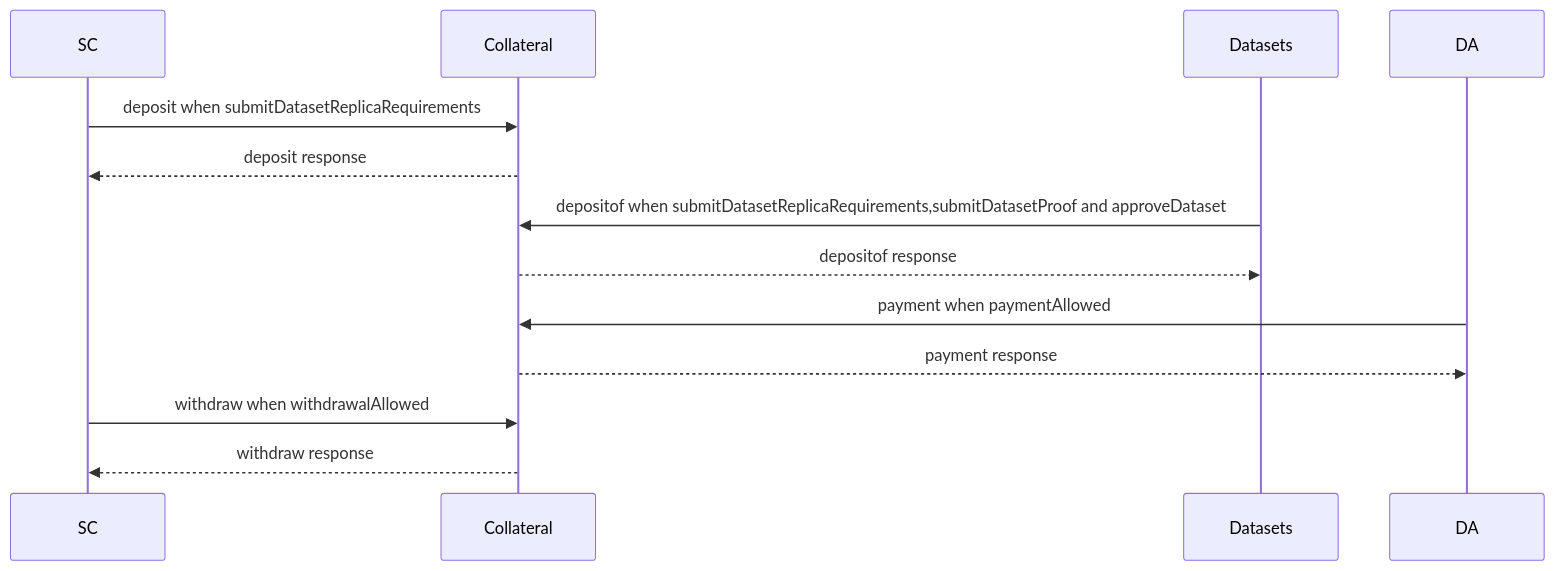
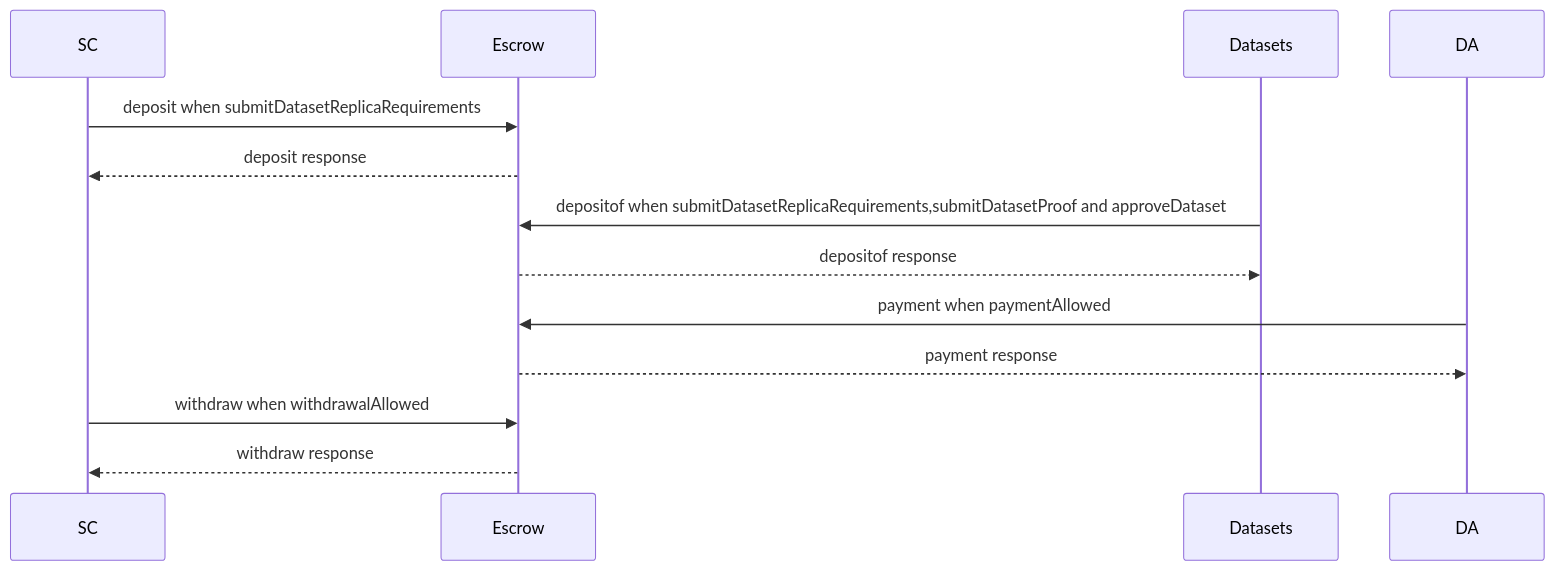
The seventh of 8 diagrams in systems/core/escrow/Readme.md (dataswap/specs), drawn with Mermaid before and after one commit. The commit also changed other lines of this file, not shown here.

````diff
--- a/systems/core/escrow/Readme.md
+++ b/systems/core/escrow/Readme.md
@@ -165,11 +165,11 @@
 ```mermaid
 sequenceDiagram
-   SC ->> Collateral: deposit when submitDatasetReplicaRequirements
-   Collateral -->> SC: deposit response
-   Datasets ->> Collateral: depositof when submitDatasetReplicaRequirements,submitDatasetProof and approveDataset
-   Collateral -->> Datasets: depositof response
-   DA ->> Collateral: payment when paymentAllowed
-   Collateral -->> DA: payment response
-   SC ->> Collateral: withdraw when withdrawalAllowed
-   Collateral -->> SC: withdraw response
+   SC ->> Escrow: deposit when submitDatasetReplicaRequirements
+   Escrow -->> SC: deposit response
+   Datasets ->> Escrow: depositof when submitDatasetReplicaRequirements,submitDatasetProof and approveDataset
+   Escrow -->> Datasets: depositof response
+   DA ->> Escrow: payment when paymentAllowed
+   Escrow -->> DA: payment response
+   SC ->> Escrow: withdraw when withdrawalAllowed
+   Escrow -->> SC: withdraw response
 ```
````
